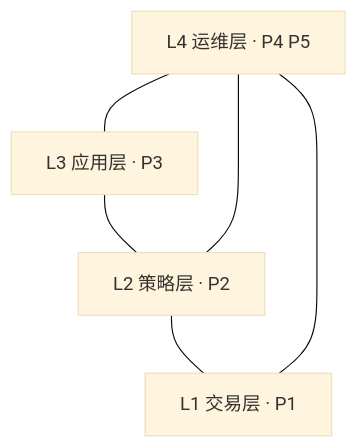
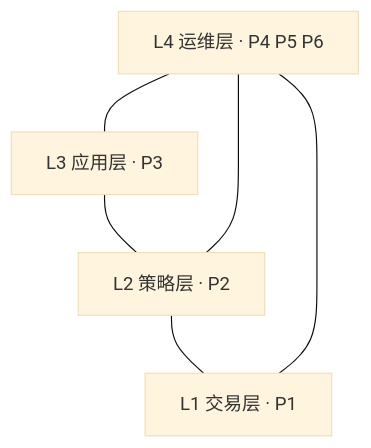
The diagram in doc/README.md (AceNanako0721/Factorforge), drawn with Mermaid (base theme) before and after one commit. The commit also changed other lines of this file and 44 other files, not shown here.

````diff
--- a/doc/README.md
+++ b/doc/README.md
@@ -25,8 +26,8 @@
 ```mermaid
 flowchart BT
   L1[L1 交易层 · P1] --- L2[L2 策略层 · P2]
   L2 --- L3[L3 应用层 · P3]
-  L3 --- L4[L4 运维层 · P4 P5]
+  L3 --- L4[L4 运维层 · P4 P5 P6]
   L2 --- L4
   L1 --- L4
 ```
````
